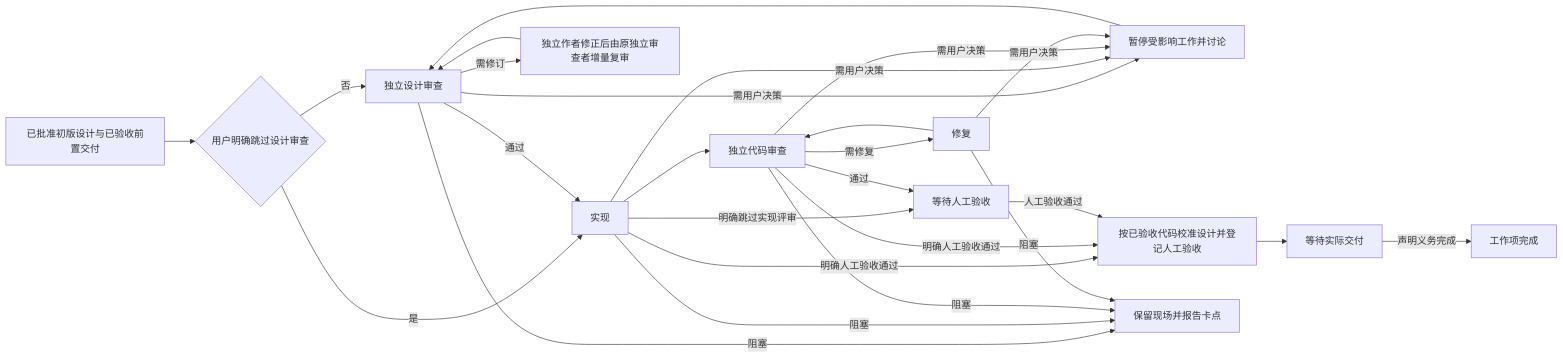
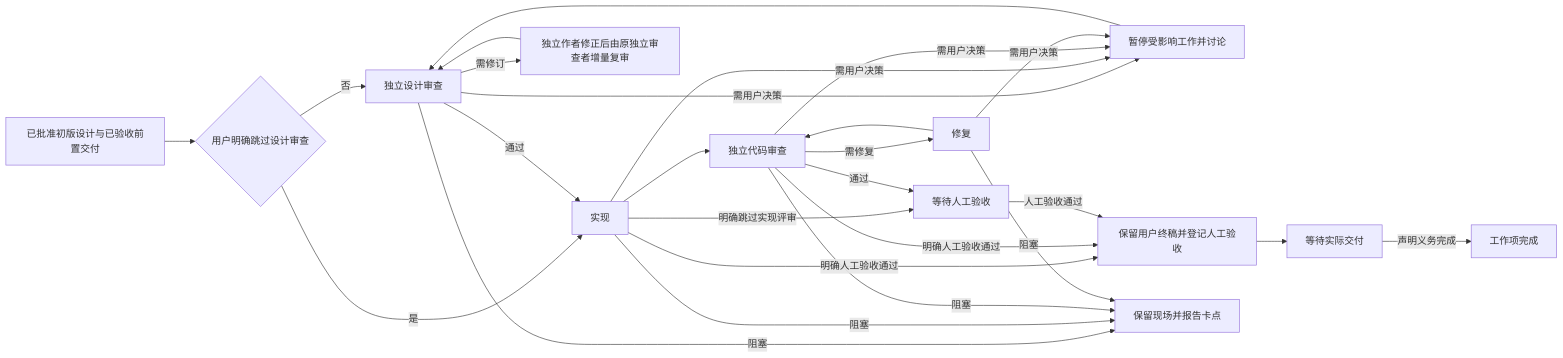
Before and after one commit to AiRanthem/agents: the diagram in docs/designs/autonomous-project-advancement.md, drawn with Mermaid. The commit also changed other lines of this file and 20 other files, not shown here.

````diff
--- a/docs/designs/autonomous-project-advancement.md
+++ b/docs/designs/autonomous-project-advancement.md
@@ -54,28 +54,28 @@
 ```mermaid
 flowchart LR
     A[已批准初版设计与已验收前置交付] --> S{用户明确跳过设计审查}
     S -->|否| B[独立设计审查]
     S -->|是| C
     B -->|通过| C[实现]
     B -->|需修订| X[独立作者修正后由原独立审查者增量复审]
     X --> B
     B -->|需用户决策| U[暂停受影响工作并讨论]
     U --> B
     C --> D[独立代码审查]
     C -->|明确跳过实现评审| E
-    C -->|明确人工验收通过| H[按已验收代码校准设计并登记人工验收]
+    C -->|明确人工验收通过| H[保留用户终稿并登记人工验收]
     D -->|通过| E[等待人工验收]
     D -->|明确人工验收通过| H
     E -->|人工验收通过| H
     H --> V[等待实际交付]
     V -->|声明义务完成| Z[工作项完成]
     D -->|需修复| F[修复]
     F --> D
     C -->|需用户决策| U
     D -->|需用户决策| U
     F -->|需用户决策| U
     B -->|阻塞| K[保留现场并报告卡点]
     C -->|阻塞| K
     D -->|阻塞| K
     F -->|阻塞| K
 ```
````
